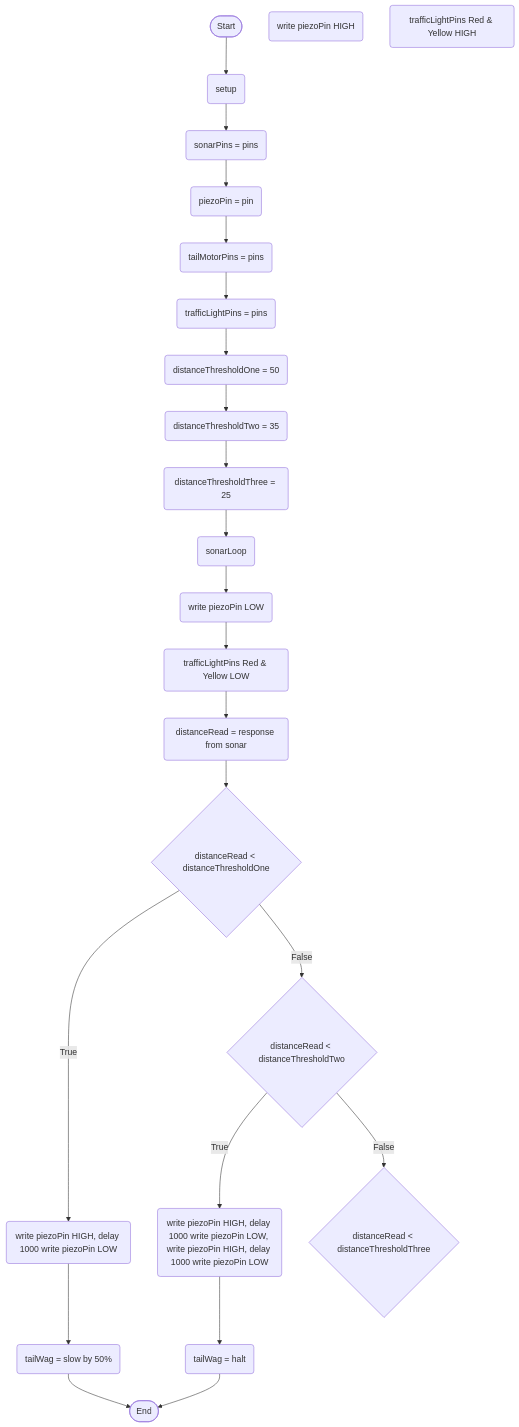
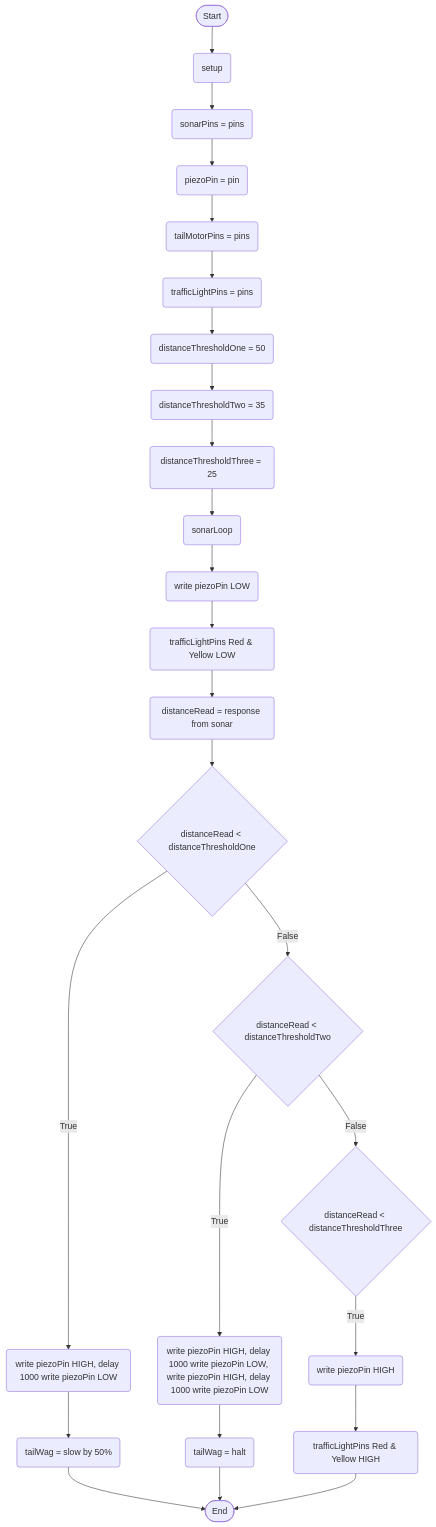
One commit to Deltace05/SmartDog changed the diagram in logic.md. Above: the diagram before and after it, drawn with Mermaid.

````diff
--- a/logic.md
+++ b/logic.md
@@ -1,49 +1,52 @@
 ```mermaid
 flowchart TD
 terminalStart([Start])
 terminalEnd([End])
 setupStart(setup)
 setSonarRead(sonarPins = pins)
 setPiezoPin(piezoPin = pin)
 setTail(tailMotorPins = pins)
 setLight(trafficLightPins = pins)
 thresholdSetOne(distanceThresholdOne = 50)
 thresholdSetTwo(distanceThresholdTwo = 35)
 thresholdSetThree(distanceThresholdThree = 25)
 currentDistanceReading(distanceRead = response from sonar)
 ifDistanceLessThanThresholdOne{distanceRead < distanceThresholdOne}
 ifDistanceLessThanThresholdTwo{distanceRead < distanceThresholdTwo}
 ifDistanceLessThanThresholdThree{distanceRead < distanceThresholdThree}
 piezoOneBuzz(write piezoPin HIGH, delay 1000 write piezoPin LOW)
 piezoTwoBuzz(write piezoPin HIGH, delay 1000 write piezoPin LOW, write piezoPin HIGH, delay 1000 write piezoPin LOW)
 piezoConstant(write piezoPin HIGH)
 sonarLightAlarm(trafficLightPins Red & Yellow HIGH)
 sonarLightAlarmReset(trafficLightPins Red & Yellow LOW)
 piezoReset(write piezoPin LOW)
 tailSlow(tailWag = slow by 50%)
 tailStop(tailWag = halt)
 sonarStart(sonarLoop)
 
 terminalStart --> setupStart
 setupStart --> setSonarRead
 setSonarRead --> setPiezoPin
 setPiezoPin --> setTail
 setTail --> setLight
 setLight --> thresholdSetOne
 thresholdSetOne --> thresholdSetTwo
 thresholdSetTwo --> thresholdSetThree
 thresholdSetThree --> sonarStart
 
 sonarStart --> piezoReset
 piezoReset --> sonarLightAlarmReset
 sonarLightAlarmReset --> currentDistanceReading
 currentDistanceReading --> ifDistanceLessThanThresholdOne
 ifDistanceLessThanThresholdOne --> |True| piezoOneBuzz
 piezoOneBuzz --> tailSlow
 tailSlow --> terminalEnd
 ifDistanceLessThanThresholdOne --> |False| ifDistanceLessThanThresholdTwo
 ifDistanceLessThanThresholdTwo --> |True| piezoTwoBuzz
 piezoTwoBuzz --> tailStop
 tailStop --> terminalEnd
 ifDistanceLessThanThresholdTwo --> |False| ifDistanceLessThanThresholdThree
+ifDistanceLessThanThresholdThree --> |True| piezoConstant
+piezoConstant --> sonarLightAlarm
+sonarLightAlarm --> terminalEnd
 ```
````
